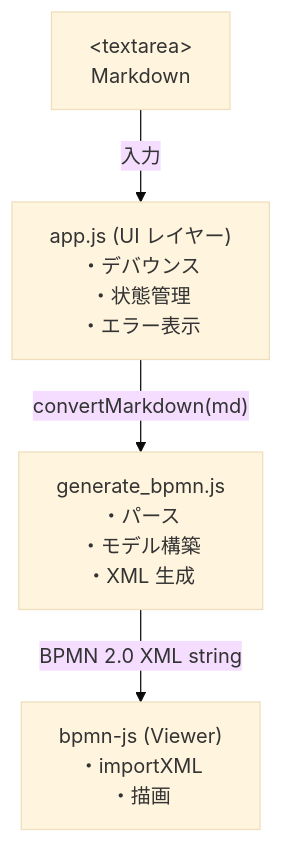
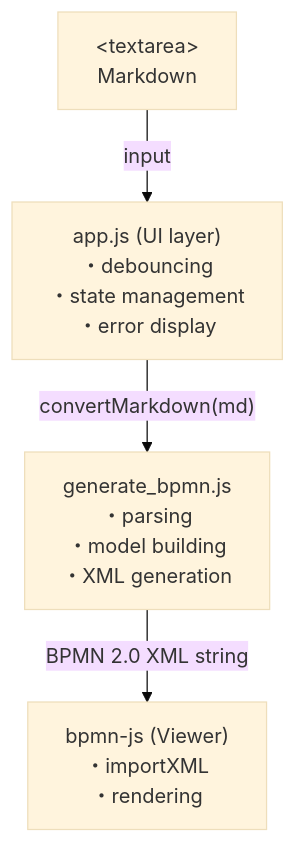
One commit to NAKADANobuhiro/markdown2bpmn changed the diagram in README.md. Above: the diagram before and after it, drawn with Mermaid (base theme). The commit also changed other lines of this file and 1 other file, not shown here.

````diff
--- a/README.md
+++ b/README.md
@@ -119,11 +121,11 @@
 ```mermaid
 flowchart TD
     textarea["&lt;textarea&gt;<br/>Markdown"]
-    app["app.js (UI レイヤー)<br/>・デバウンス<br/>・状態管理<br/>・エラー表示"]
-    gen["generate_bpmn.js<br/>・パース<br/>・モデル構築<br/>・XML 生成"]
-    viewer["bpmn-js (Viewer)<br/>・importXML<br/>・描画"]
+    app["app.js (UI layer)<br/>・debouncing<br/>・state management<br/>・error display"]
+    gen["generate_bpmn.js<br/>・parsing<br/>・model building<br/>・XML generation"]
+    viewer["bpmn-js (Viewer)<br/>・importXML<br/>・rendering"]
 
-    textarea -->|入力| app
+    textarea -->|input| app
     app -->|"convertMarkdown(md)"| gen
     gen -->|BPMN 2.0 XML string| viewer
 ```
````
